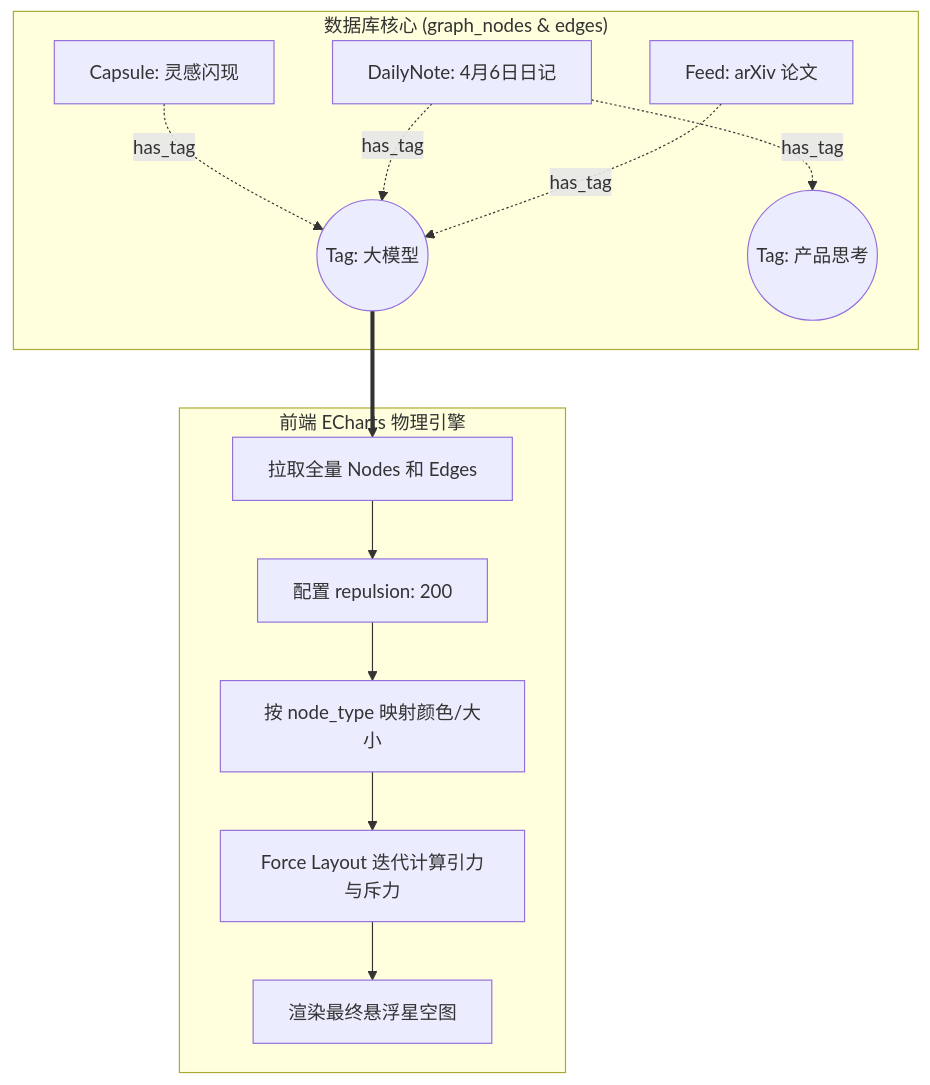
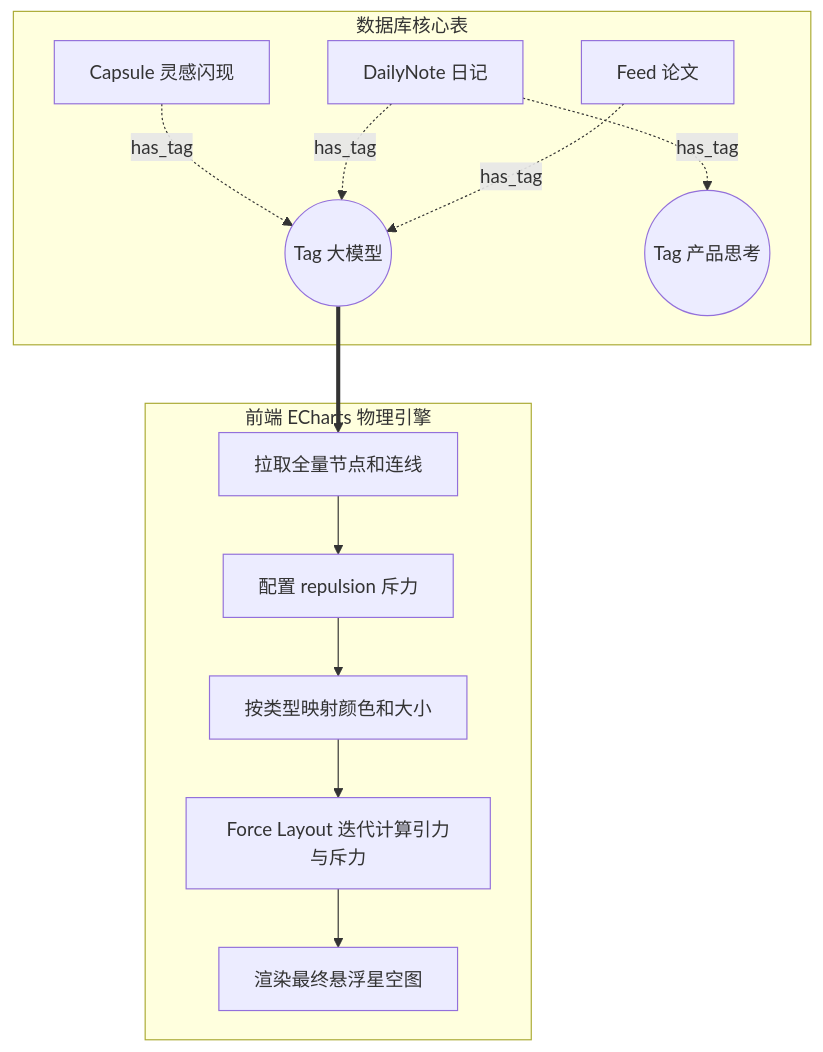
Before and after one commit to lisongjianustc/InsightGraph: the seventh of 7 diagrams in Project_Documentation.md, drawn with Mermaid. The commit also changed other lines of this file, not shown here.

Commit message:
docs: completely sanitize all mermaid diagrams by removing quotes, brackets, parentheses, colons, and special characters from node and edge labels to ensure maximum compatibility with strict markdown parsers

````diff
--- a/Project_Documentation.md
+++ b/Project_Documentation.md
@@ -238,25 +238,25 @@
 ```mermaid
 graph TD
-    subgraph DB_Core ["数据库核心 (graph_nodes & edges)"]
-        T1(("Tag: 大模型"))
-        T2(("Tag: 产品思考"))
+    subgraph DB_Core [数据库核心表]
+        T1((Tag 大模型))
+        T2((Tag 产品思考))
         
-        N1["Capsule: 灵感闪现"]
-        N2["DailyNote: 4月6日日记"]
-        N3["Feed: arXiv 论文"]
+        N1[Capsule 灵感闪现]
+        N2[DailyNote 日记]
+        N3[Feed 论文]
         
-        N1 -.->|"has_tag"| T1
-        N2 -.->|"has_tag"| T1
-        N2 -.->|"has_tag"| T2
-        N3 -.->|"has_tag"| T1
+        N1 -.->|has_tag| T1
+        N2 -.->|has_tag| T1
+        N2 -.->|has_tag| T2
+        N3 -.->|has_tag| T1
     end
 
-    subgraph Frontend_ECharts ["前端 ECharts 物理引擎"]
-        E["拉取全量 Nodes 和 Edges"] --> F["配置 repulsion: 200"]
-        F --> G["按 node_type 映射颜色/大小"]
-        G --> H["Force Layout 迭代计算引力与斥力"]
-        H --> I["渲染最终悬浮星空图"]
+    subgraph Frontend_ECharts [前端 ECharts 物理引擎]
+        E[拉取全量节点和连线] --> F[配置 repulsion 斥力]
+        F --> G[按类型映射颜色和大小]
+        G --> H[Force Layout 迭代计算引力与斥力]
+        H --> I[渲染最终悬浮星空图]
     end
     
     T1 ==> E
 ```
````
